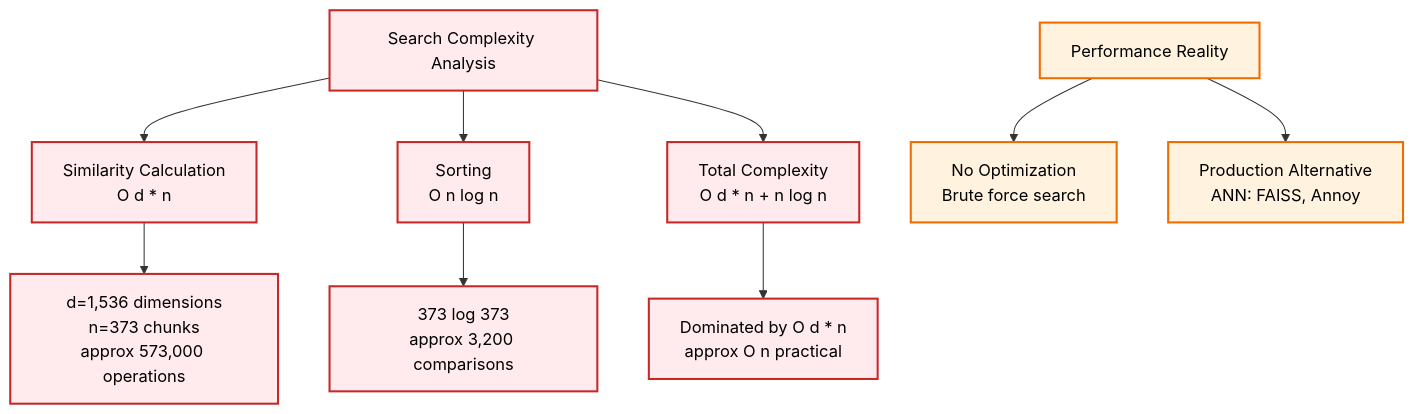
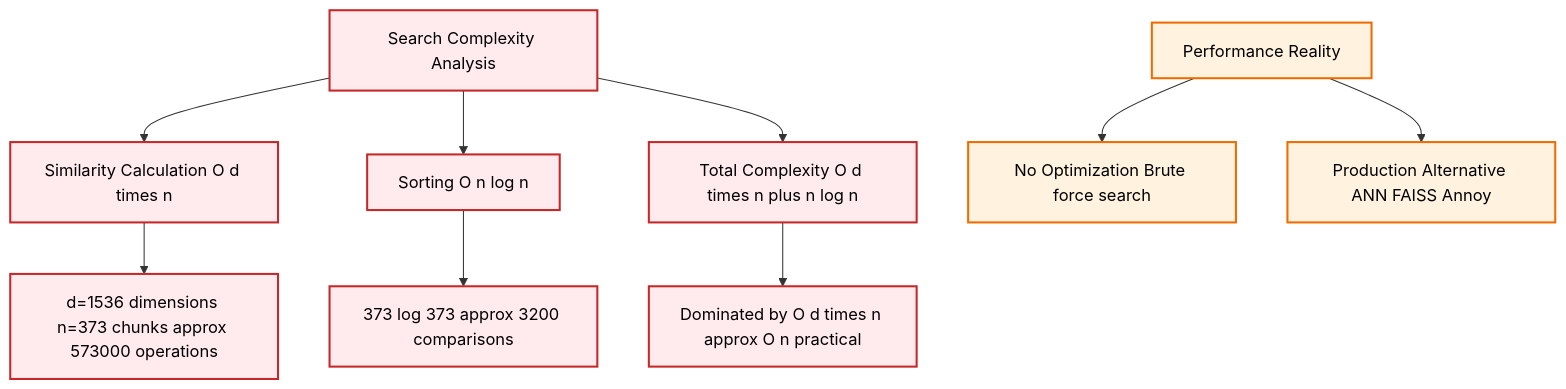
The fifth of 16 diagrams in 02_Embeddings_and_RAG/Understanding_Pythonic_RAG.md (ovokpus/AIE8), drawn with Mermaid before and after one commit. The commit also changed other lines of this file, not shown here.

Commit message:
fixed mermaid

````diff
--- a/02_Embeddings_and_RAG/Understanding_Pythonic_RAG.md
+++ b/02_Embeddings_and_RAG/Understanding_Pythonic_RAG.md
@@ -191,21 +186,21 @@
 ```mermaid
 graph TD
-    A[Search Complexity Analysis] --> B[Similarity Calculation<br/>O d * n]
-    A --> C[Sorting<br/>O n log n]
-    A --> D[Total Complexity<br/>O d * n + n log n]
+    A["Search Complexity Analysis"] --> B["Similarity Calculation O d times n"]
+    A --> C["Sorting O n log n"]
+    A --> D["Total Complexity O d times n plus n log n"]
     
-    B --> E[d=1,536 dimensions<br/>n=373 chunks<br/>approx 573,000 operations]
-    C --> F[373 log 373<br/>approx 3,200 comparisons]
-    D --> G[Dominated by O d * n<br/>approx O n practical]
+    B --> E["d=1536 dimensions n=373 chunks approx 573000 operations"]
+    C --> F["373 log 373 approx 3200 comparisons"]
+    D --> G["Dominated by O d times n approx O n practical"]
     
-    H[Performance Reality] --> I[No Optimization<br/>Brute force search]
-    H --> J[Production Alternative<br/>ANN: FAISS, Annoy]
+    H["Performance Reality"] --> I["No Optimization Brute force search"]
+    H --> J["Production Alternative ANN FAISS Annoy"]
     
     classDef default fill:#f9f9f9,stroke:#333,stroke-width:2px,color:#000000
     classDef complexity fill:#ffebee,stroke:#c62828,stroke-width:2px,color:#000000
     classDef performance fill:#fff3e0,stroke:#ef6c00,stroke-width:2px,color:#000000
     
     class A,B,C,D complexity
     class E,F,G complexity
     class H,I,J performance
 ```
````
